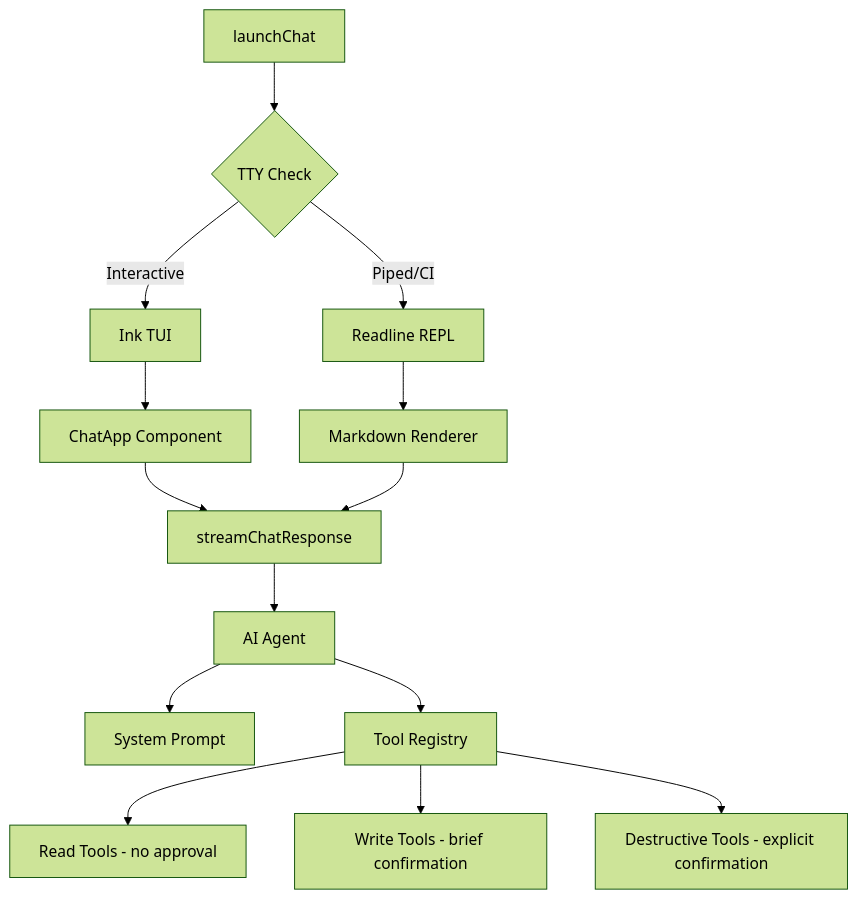
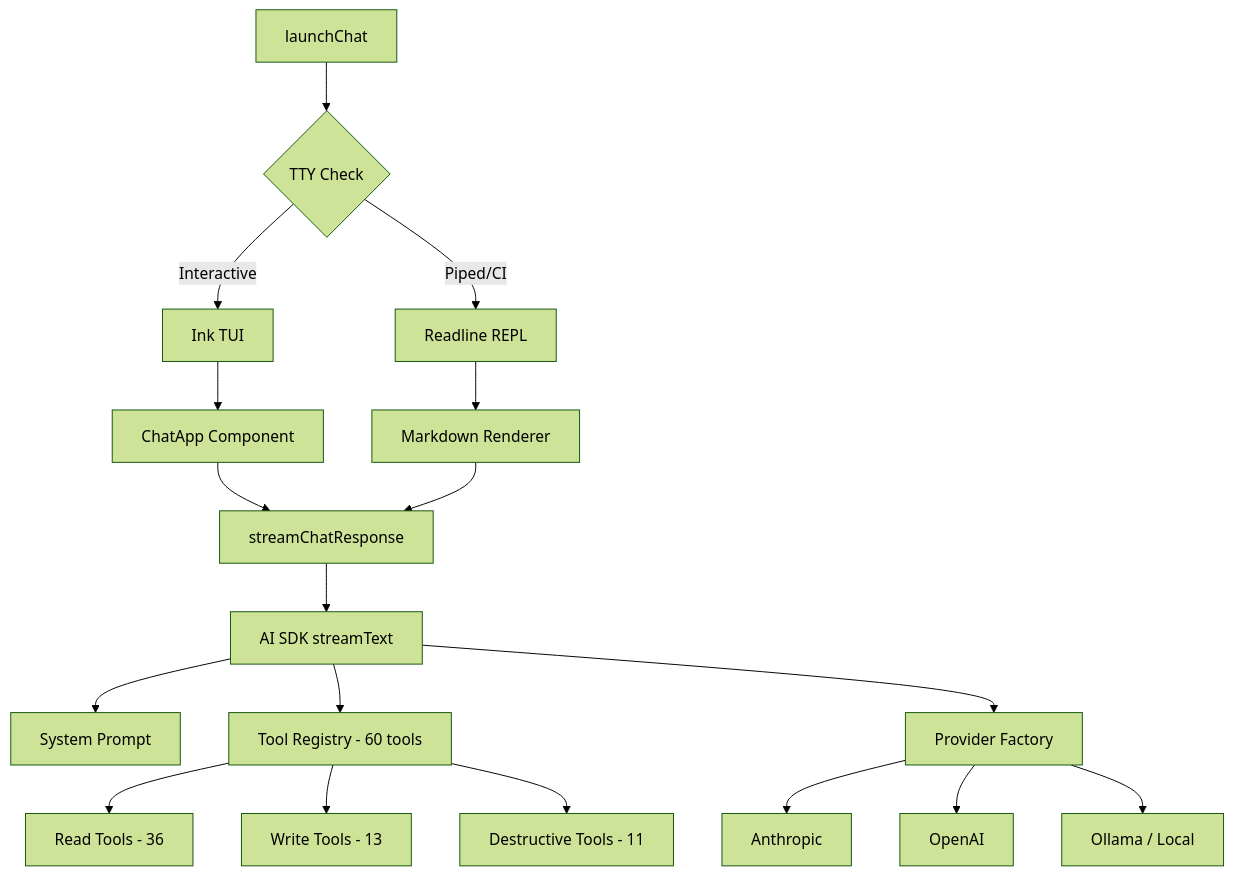
Before and after one commit to projectachilles/ProjectAchilles: the diagram in wiki/docs/user-guide/cli/chat-agent.md, drawn with Mermaid (forest theme). The commit also changed other lines of this file, not shown here.

First line of the commit message:
docs(wiki): update AI Chat Agent page with Ink TUI, providers, and visual style

````diff
--- a/wiki/docs/user-guide/cli/chat-agent.md
+++ b/wiki/docs/user-guide/cli/chat-agent.md
@@ -17,20 +17,25 @@
 ```mermaid
 graph TD
     A[launchChat] --> B{TTY Check}
     B -->|Interactive| C[Ink TUI]
     B -->|Piped/CI| D[Readline REPL]
 
     C --> E[ChatApp Component]
     D --> F[Markdown Renderer]
 
     E --> G[streamChatResponse]
     F --> G
 
-    G --> H[AI Agent]
+    G --> H[AI SDK streamText]
     H --> I[System Prompt]
-    H --> J[Tool Registry]
+    H --> J[Tool Registry - 60 tools]
+    H --> K[Provider Factory]
 
-    J --> K[Read Tools - no approval]
-    J --> L[Write Tools - brief confirmation]
-    J --> M[Destructive Tools - explicit confirmation]
+    K --> L[Anthropic]
+    K --> M[OpenAI]
+    K --> N[Ollama / Local]
+
+    J --> O[Read Tools - 36]
+    J --> P[Write Tools - 13]
+    J --> Q[Destructive Tools - 11]
 ```
````
